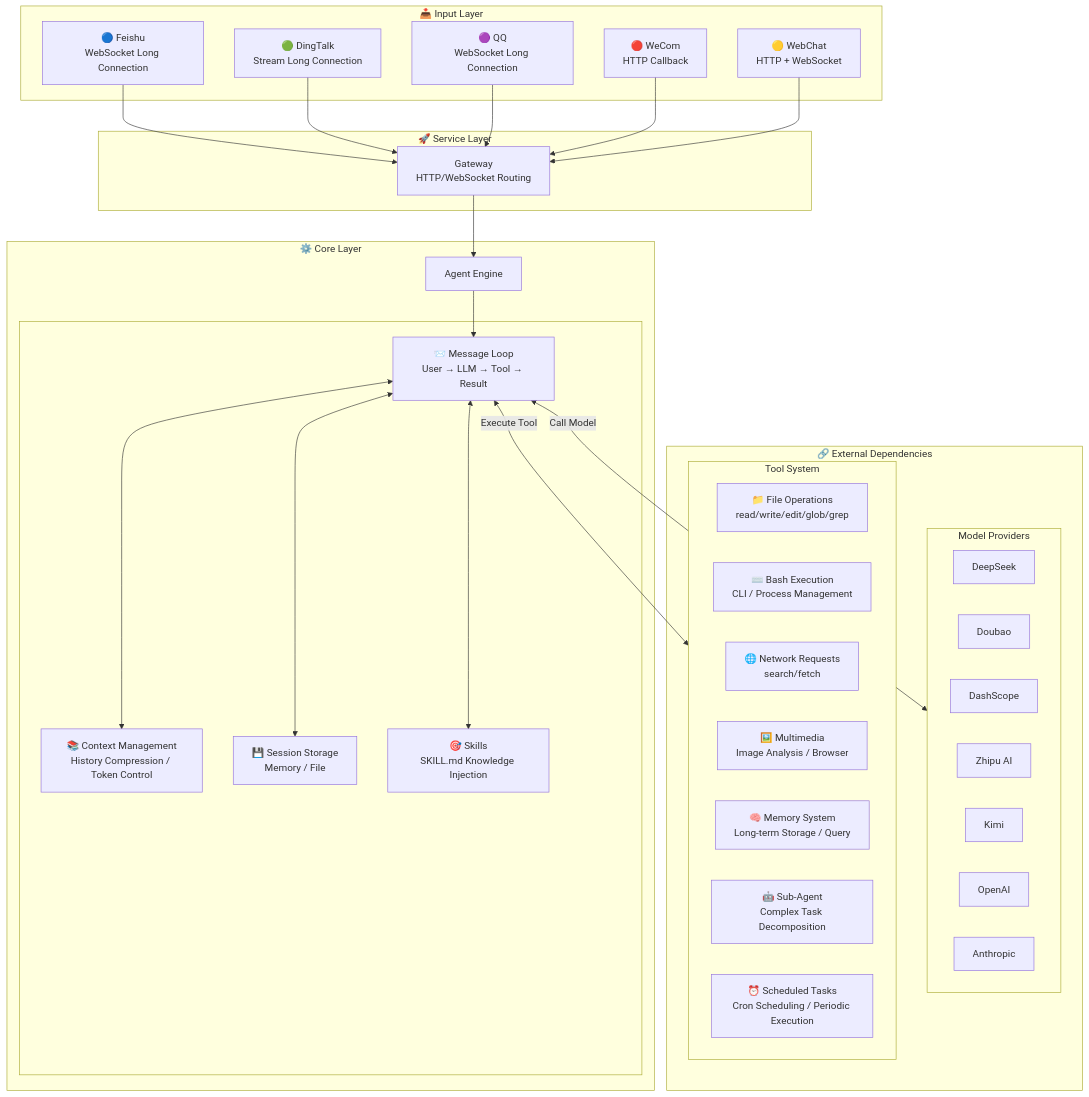
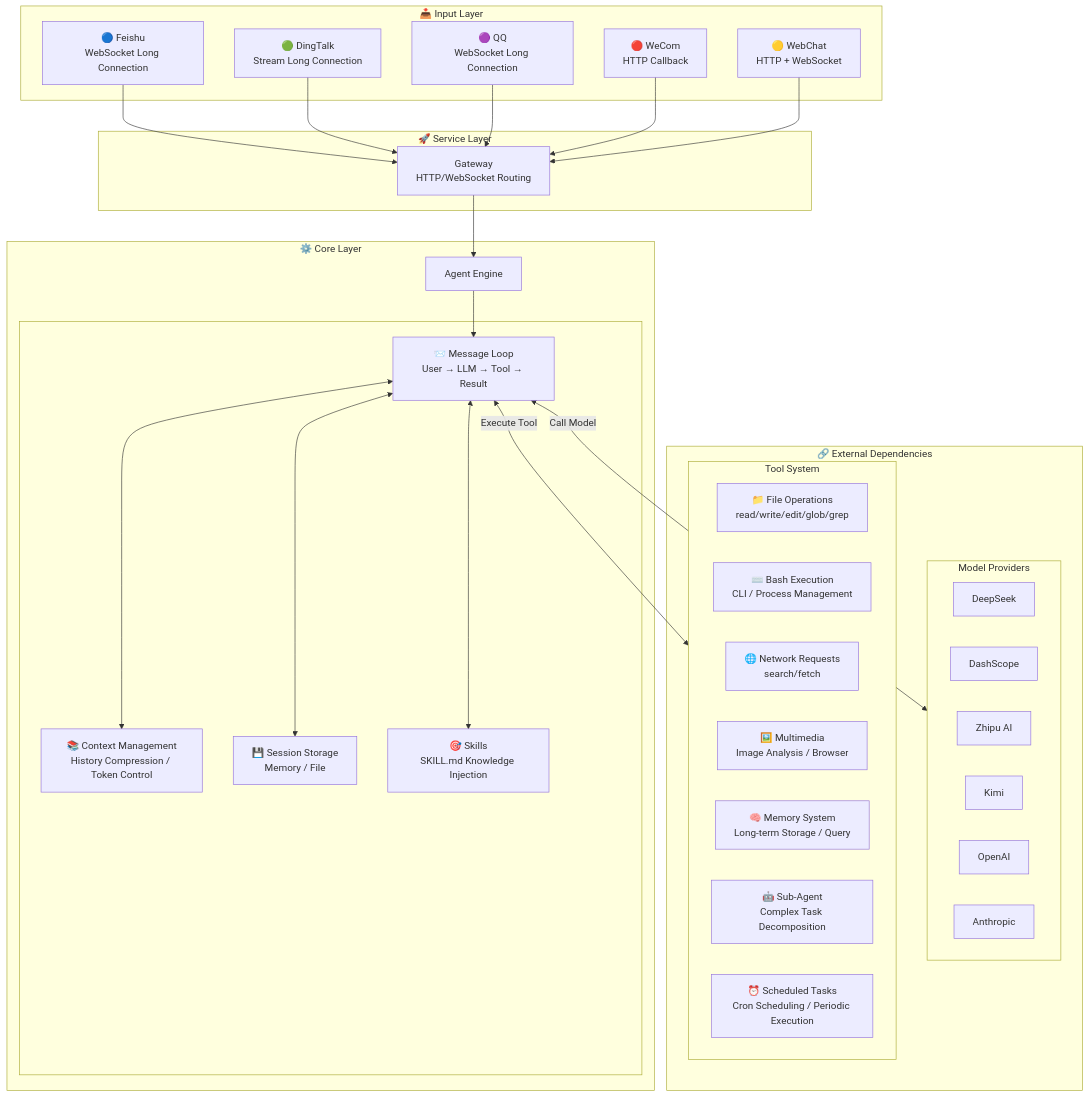
One commit to oujingzhou/openmozi changed the first of 2 diagrams in README_EN.md. Above: the diagram before and after it, drawn with Mermaid. The commit also changed other lines of this file and 59 other files, not shown here.

````diff
--- a/README_EN.md
+++ b/README_EN.md
@@ -684,60 +683,59 @@
 ```mermaid
 flowchart TB
     subgraph Input["📥 Input Layer"]
         Feishu["🔵 Feishu\nWebSocket Long Connection"]
         Dingtalk["🟢 DingTalk\nStream Long Connection"]
         QQ["🟣 QQ\nWebSocket Long Connection"]
         WeCom["🔴 WeCom\nHTTP Callback"]
         WebChat["🟡 WebChat\nHTTP + WebSocket"]
     end
 
     subgraph Server["🚀 Service Layer"]
         Gateway["Gateway\nHTTP/WebSocket Routing"]
     end
 
     subgraph Core["⚙️ Core Layer"]
         Agent["Agent Engine"]
 
         subgraph AgentInner[" "]
             MsgLoop["📨 Message Loop\nUser → LLM → Tool → Result"]
             CtxMgr["📚 Context Management\nHistory Compression / Token Control"]
             Session["💾 Session Storage\nMemory / File"]
             Skills["🎯 Skills\nSKILL.md Knowledge Injection"]
         end
     end
 
     subgraph External["🔗 External Dependencies"]
         subgraph Providers["Model Providers"]
             P1["DeepSeek"]
-            P2["Doubao"]
-            P3["DashScope"]
-            P4["Zhipu AI"]
+            P2["DashScope"]
+            P3["Zhipu AI"]
             P5["Kimi"]
             P6["OpenAI"]
             P7["Anthropic"]
         end
 
         subgraph Tools["Tool System"]
             T1["📁 File Operations\nread/write/edit/glob/grep"]
             T2["⌨️ Bash Execution\nCLI / Process Management"]
             T3["🌐 Network Requests\nsearch/fetch"]
             T4["🖼️ Multimedia\nImage Analysis / Browser"]
             T5["🧠 Memory System\nLong-term Storage / Query"]
             T6["🤖 Sub-Agent\nComplex Task Decomposition"]
             T7["⏰ Scheduled Tasks\nCron Scheduling / Periodic Execution"]
         end
     end
 
     Feishu --> Gateway
     Dingtalk --> Gateway
     QQ --> Gateway
     WeCom --> Gateway
     WebChat --> Gateway
     Gateway --> Agent
     Agent --> MsgLoop
     MsgLoop <--> CtxMgr
     MsgLoop <--> Session
     MsgLoop <--> Skills
     MsgLoop <-->|"Call Model"| Providers
     MsgLoop <-->|"Execute Tool"| Tools
 ```
````
